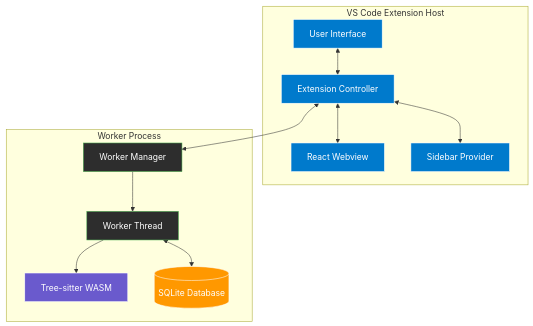
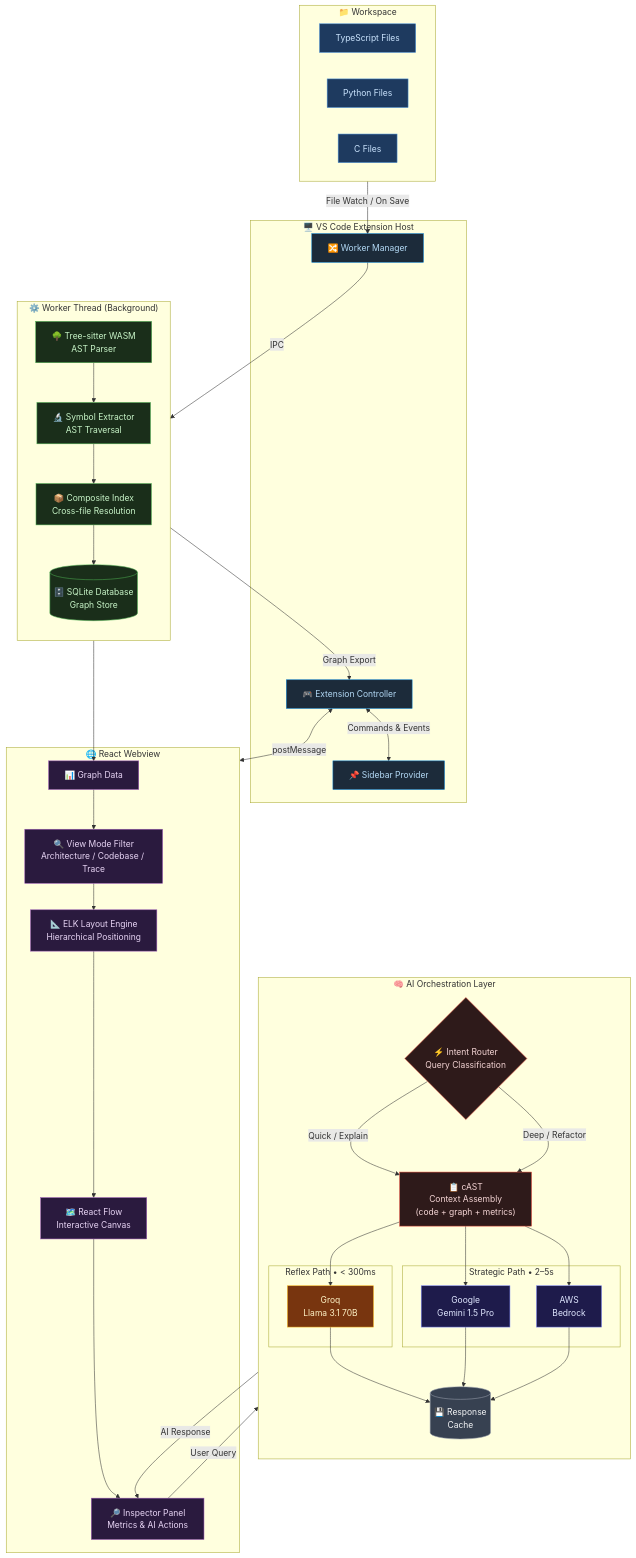
Before and after one commit to unshakensoul17/practice-git: the diagram in Readme.md, drawn with Mermaid. The commit also changed other lines of this file, not shown here.

First line of the commit message:
Clarify architecture and AI orchestration details in Readme

````diff
--- a/Readme.md
+++ b/Readme.md
@@ -128,35 +130,97 @@
 ```mermaid
-graph TD
+flowchart TD
 
-subgraph IDE["VS Code Extension Host"]
-    UI["User Interface"]
-    Host["Extension Controller"]
-    Webview["React Webview"]
-    Sidebar["Sidebar Provider"]
+%% ── SOURCE INPUT ──────────────────────────────────────────
+subgraph SRC["📁 Workspace"]
+    TS["TypeScript Files"]
+    PY["Python Files"]
+    C["C Files"]
 end
 
-subgraph Worker["Worker Process"]
-    Manager["Worker Manager"]
-    WorkerThread["Worker Thread"]
-    Parser["Tree-sitter WASM"]
-    DB[(SQLite Database)]
+%% ── INDEXING PIPELINE ────────────────────────────────────
+subgraph WRK["⚙️ Worker Thread (Background)"]
+    direction TB
+    Parser["🌳 Tree-sitter WASM\nAST Parser"]
+    Extractor["🔬 Symbol Extractor\nAST Traversal"]
+    Index["📦 Composite Index\nCross-file Resolution"]
+    DB[("🗄️ SQLite Database\nGraph Store")]
+
+    Parser --> Extractor --> Index --> DB
 end
 
-UI <--> Host
-Host <--> Webview
-Host <--> Sidebar
-Host <--> Manager
-Manager --> WorkerThread
-WorkerThread --> Parser
-WorkerThread <--> DB
+%% ── VS CODE EXTENSION HOST ───────────────────────────────
+subgraph HOST["🖥️ VS Code Extension Host"]
+    Controller["🎮 Extension Controller"]
+    Manager["🔀 Worker Manager"]
+    Sidebar["📌 Sidebar Provider"]
+end
 
-classDef vscode fill:#007ACC,stroke:#ffffff,color:#ffffff
-classDef worker fill:#2D2D2D,stroke:#4CAF50,color:#ffffff
-classDef parser fill:#6A5ACD,stroke:#ffffff,color:#ffffff
-classDef database fill:#FF9800,stroke:#ffffff,color:#ffffff
+%% ── VISUALIZATION PIPELINE ───────────────────────────────
+subgraph VIZ["🌐 React Webview"]
+    GraphData["📊 Graph Data"]
+    Filter["🔍 View Mode Filter\nArchitecture / Codebase / Trace"]
+    ELK["📐 ELK Layout Engine\nHierarchical Positioning"]
+    ReactFlow["🗺️ React Flow\nInteractive Canvas"]
+    Inspector["🔎 Inspector Panel\nMetrics & AI Actions"]
+end
 
-class UI,Host,Webview,Sidebar vscode
-class Manager,WorkerThread worker
-class Parser parser
-class DB database
+%% ── AI PIPELINE ──────────────────────────────────────────
+subgraph AI["🧠 AI Orchestration Layer"]
+    direction TB
+    Router{"⚡ Intent Router\nQuery Classification"}
+    cAST["📋 cAST\nContext Assembly\n(code + graph + metrics)"]
+
+    subgraph REFLEX["Reflex Path  •  < 300ms"]
+        Groq["Groq\nLlama 3.1 70B"]
+    end
+
+    subgraph STRATEGIC["Strategic Path  •  2–5s"]
+        Gemini["Google\nGemini 1.5 Pro"]
+        Bedrock["AWS\nBedrock"]
+    end
+
+    Cache[("💾 Response\nCache")]
+
+    Router -->|"Quick / Explain"| cAST
+    Router -->|"Deep / Refactor"| cAST
+    cAST --> Groq
+    cAST --> Gemini
+    cAST --> Bedrock
+    Groq --> Cache
+    Gemini --> Cache
+    Bedrock --> Cache
+end
+
+%% ── CONNECTIONS ──────────────────────────────────────────
+SRC -->|"File Watch / On Save"| Manager
+Manager -->|IPC| WRK
+DB -->|"Graph Export"| Controller
+Controller <-->|"Commands & Events"| Sidebar
+Controller <-->|"postMessage"| VIZ
+
+DB --> GraphData
+GraphData --> Filter --> ELK --> ReactFlow
+ReactFlow --> Inspector
+
+Inspector -->|"User Query"| Router
+Cache -->|"AI Response"| Inspector
+
+%% ── STYLES ───────────────────────────────────────────────
+classDef srcStyle fill:#1e3a5f,stroke:#4a90d9,color:#cce5ff
+classDef wrkStyle fill:#1a2e1a,stroke:#4CAF50,color:#c8f5c8
+classDef hostStyle fill:#1c2b3a,stroke:#007ACC,color:#b3d9f5
+classDef vizStyle fill:#2a1a3e,stroke:#9b59b6,color:#e8d5f5
+classDef aiStyle fill:#2e1a1a,stroke:#e74c3c,color:#f5d5d5
+classDef reflexStyle fill:#78350f,stroke:#fbbf24,color:#fef3c7
+classDef strategicStyle fill:#1e1b4b,stroke:#818cf8,color:#e0e7ff
+classDef cacheStyle fill:#374151,stroke:#9ca3af,color:#f3f4f6
+
+class TS,PY,C srcStyle
+class Parser,Extractor,Index,DB wrkStyle
+class Controller,Manager,Sidebar hostStyle
+class GraphData,Filter,ELK,ReactFlow,Inspector vizStyle
+class Router,cAST aiStyle
+class Groq reflexStyle
+class Gemini,Bedrock strategicStyle
+class Cache cacheStyle
 ```
````
